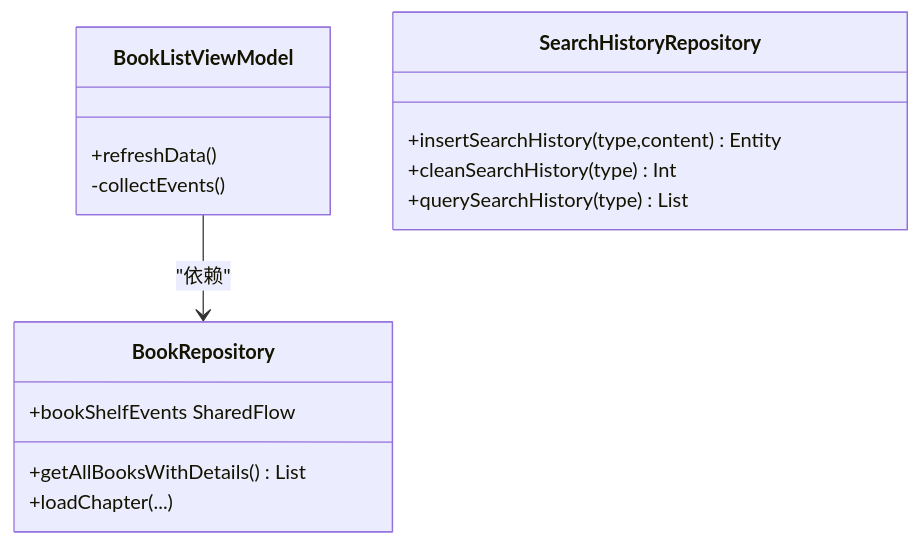
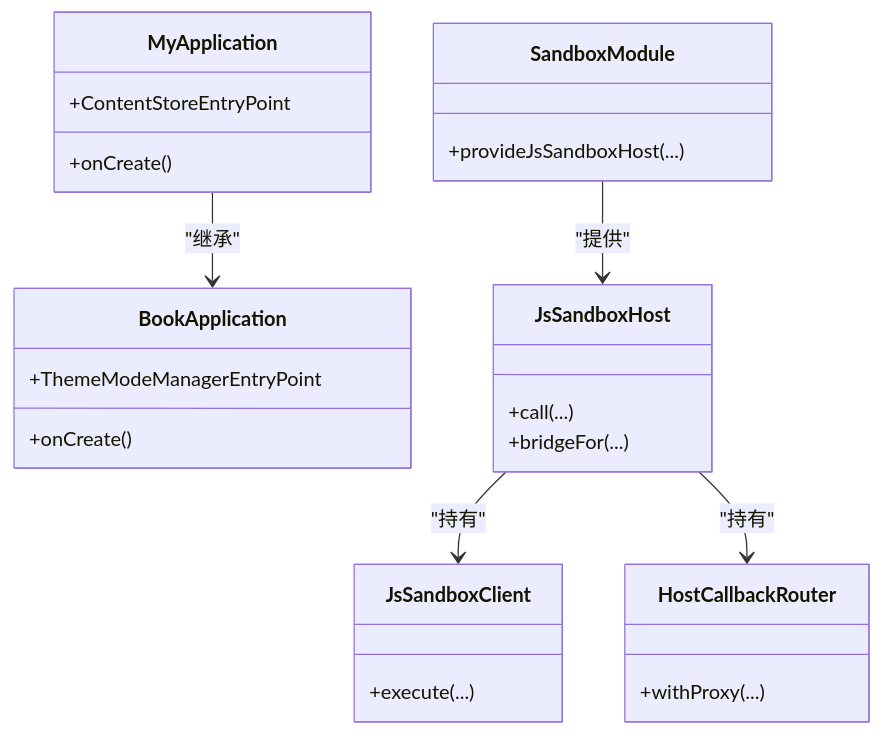
Before and after one commit to xrn1997/android-ebook: the fifth of 8 diagrams in .qoder/repowiki/zh/content/架构设计/架构设计.md, drawn with Mermaid. The commit also changed other lines of this file and 544 other files, not shown here.

````diff
--- a/.qoder/repowiki/zh/content/架构设计/架构设计.md
+++ b/.qoder/repowiki/zh/content/架构设计/架构设计.md
@@ -111,18 +194,29 @@
 ```mermaid
 classDiagram
-    class BookListViewModel {
-        +refreshData()
-        -collectEvents()
+    class MyApplication {
+        +onCreate()
+        +ContentStoreEntryPoint
     }
-    class BookRepository {
-        +getAllBooksWithDetails() List
-        +loadChapter(...)
-        +bookShelfEvents SharedFlow
+    class BookApplication {
+        +onCreate()
+        +ThemeModeManagerEntryPoint
     }
-    class SearchHistoryRepository {
-        +insertSearchHistory(type,content) Entity
-        +cleanSearchHistory(type) Int
-        +querySearchHistory(type) List
+    class SandboxModule {
+        +provideJsSandboxHost(...)
     }
-    BookListViewModel --> BookRepository : "依赖"
+    class JsSandboxHost {
+        +call(...)
+        +bridgeFor(...)
+    }
+    class JsSandboxClient {
+        +execute(...)
+    }
+    class HostCallbackRouter {
+        +withProxy(...)
+    }
+
+    MyApplication --> BookApplication : "继承"
+    SandboxModule --> JsSandboxHost : "提供"
+    JsSandboxHost --> JsSandboxClient : "持有"
+    JsSandboxHost --> HostCallbackRouter : "持有"
 ```
````
